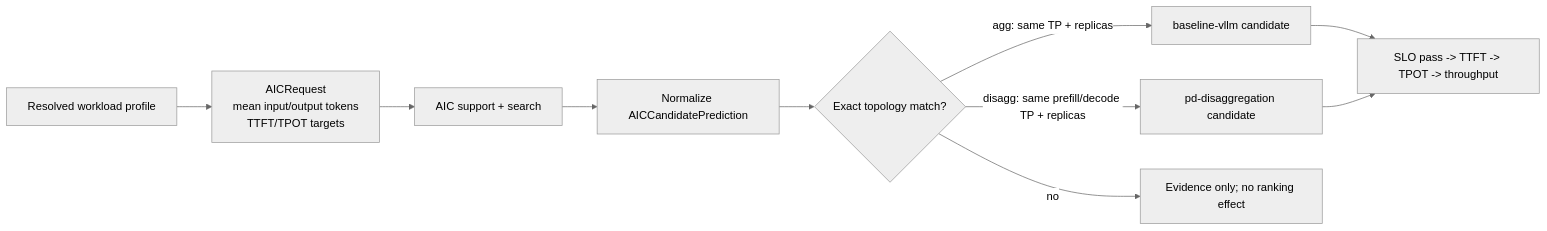
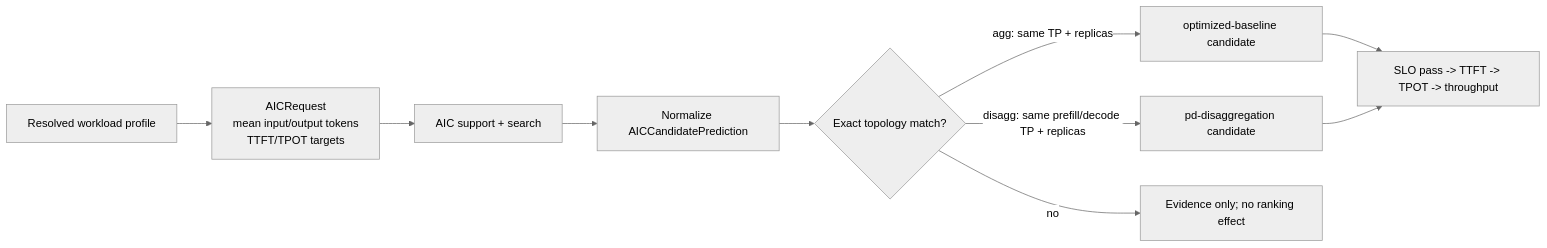
The third of 5 diagrams in docs/design/agentic-deployment-design.md (llm-d-incubation/llm-d-lens), drawn with Mermaid (neutral theme) before and after one commit. The commit also changed other lines of this file and 14 other files, not shown here.

````diff
--- a/docs/design/agentic-deployment-design.md
+++ b/docs/design/agentic-deployment-design.md
@@ -249,12 +253,12 @@
 ```mermaid
 flowchart LR
     W["Resolved workload profile"] --> AR["AICRequest\nmean input/output tokens\nTTFT/TPOT targets"]
     AR --> AS["AIC support + search"]
     AS --> N["Normalize AICCandidatePrediction"]
     N --> M{"Exact topology match?"}
-    M -->|"agg: same TP + replicas"| B["baseline-vllm candidate"]
+    M -->|"agg: same TP + replicas"| B["optimized-baseline candidate"]
     M -->|"disagg: same prefill/decode TP + replicas"| P["pd-disaggregation candidate"]
     M -->|"no"| E["Evidence only; no ranking effect"]
     B --> S["SLO pass -> TTFT -> TPOT -> throughput"]
     P --> S
 ```
````
